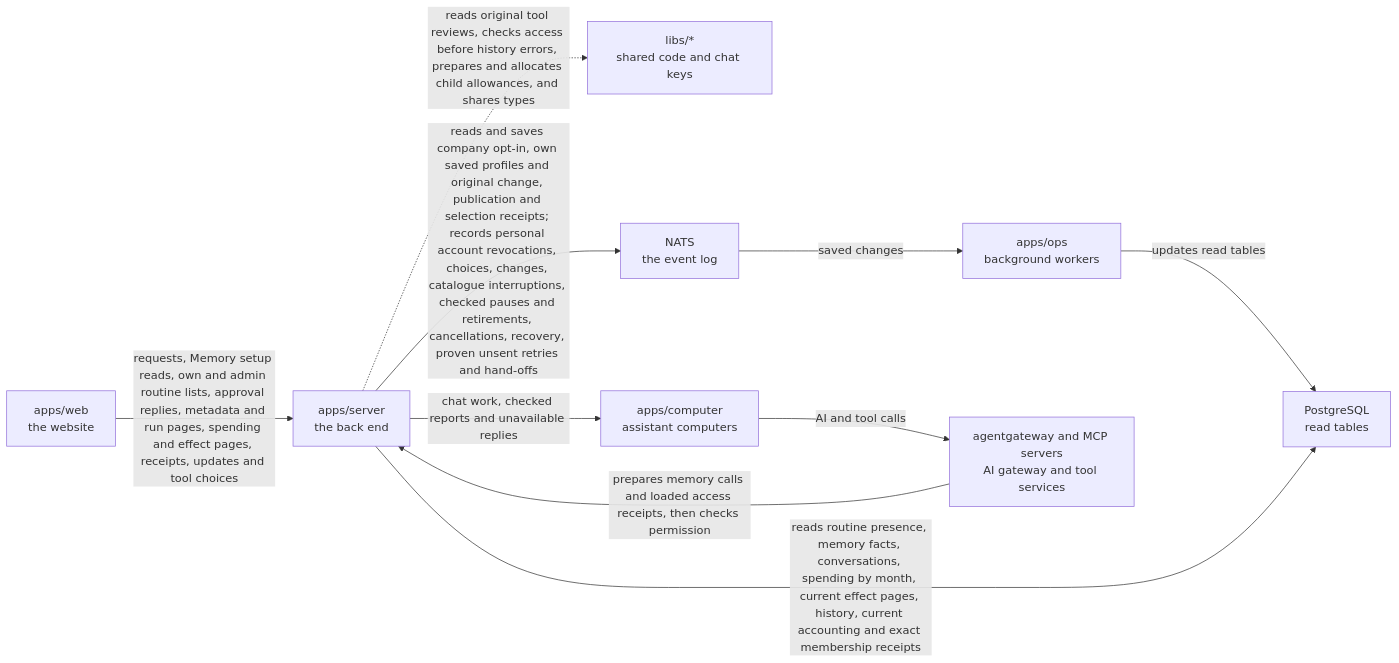
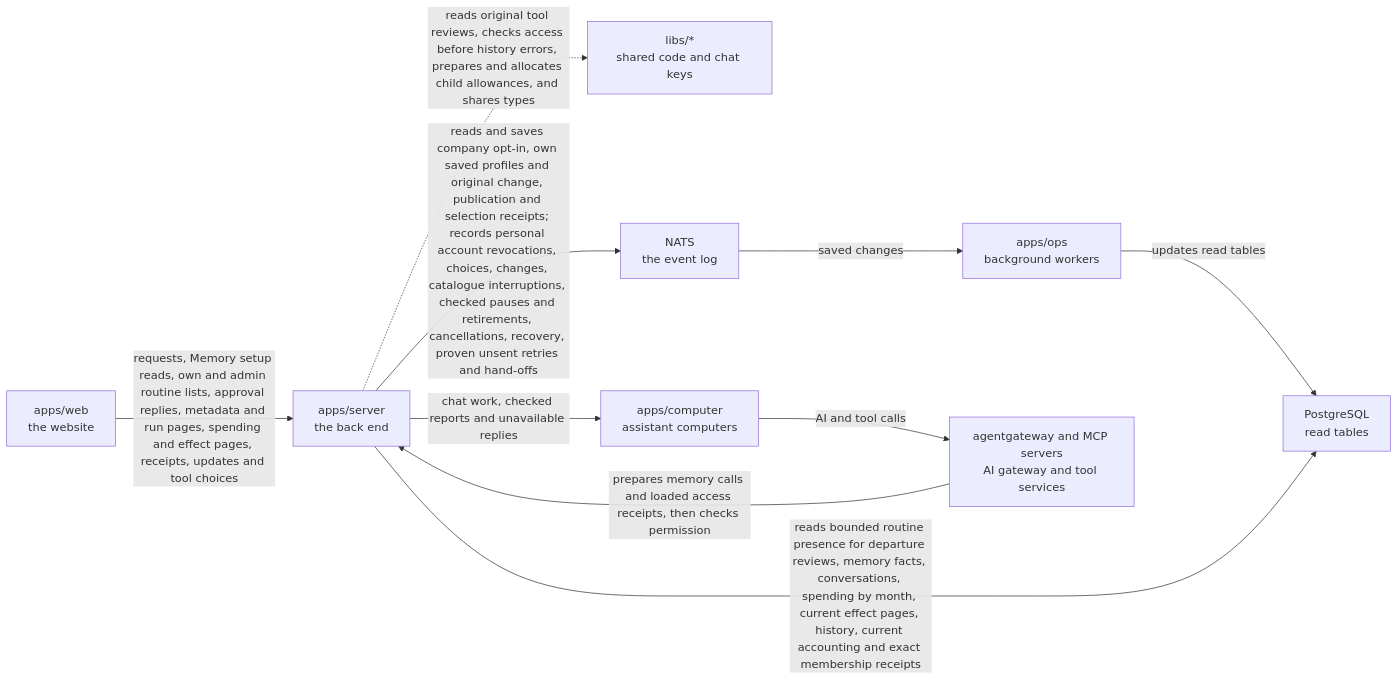
The diagram in apps/server/README.md (elewa-git/opencrane-new), drawn with Mermaid before and after one commit. The commit also changed other lines of this file and 18 other files, not shown here.

Commit message:
🛡️ Bound routine presence checks in member departure reviews

````diff
--- a/apps/server/README.md
+++ b/apps/server/README.md
@@ -80,12 +80,12 @@
 ```mermaid
 flowchart LR
   web["apps/web<br/>the website"] -->|requests, Memory setup reads, own and admin routine lists, approval replies, metadata and run pages, spending and effect pages, receipts, updates and tool choices| server["apps/server<br/>the back end"]
   server -.->|reads original tool reviews, checks access before history errors, prepares and allocates child allowances, and shares types| libs["libs/*<br/>shared code and chat keys"]
   server -->|reads and saves company opt-in, own saved profiles and original change, publication and selection receipts; records personal account revocations, choices, changes, catalogue interruptions, checked pauses and retirements, cancellations, recovery, proven unsent retries and hand-offs| nats["NATS<br/>the event log"]
   nats -->|saved changes| ops["apps/ops<br/>background workers"]
   ops -->|updates read tables| postgres["PostgreSQL<br/>read tables"]
-  server -->|reads routine presence, memory facts, conversations, spending by month, current effect pages, history, current accounting and exact membership receipts| postgres
+  server -->|reads bounded routine presence for departure reviews, memory facts, conversations, spending by month, current effect pages, history, current accounting and exact membership receipts| postgres
   server -->|chat work, checked reports and unavailable replies| computer["apps/computer<br/>assistant computers"]
   computer -->|AI and tool calls| runtime["agentgateway and MCP servers<br/>AI gateway and tool services"]
   runtime -->|prepares memory calls and loaded access receipts, then checks permission| server
 ```
````
